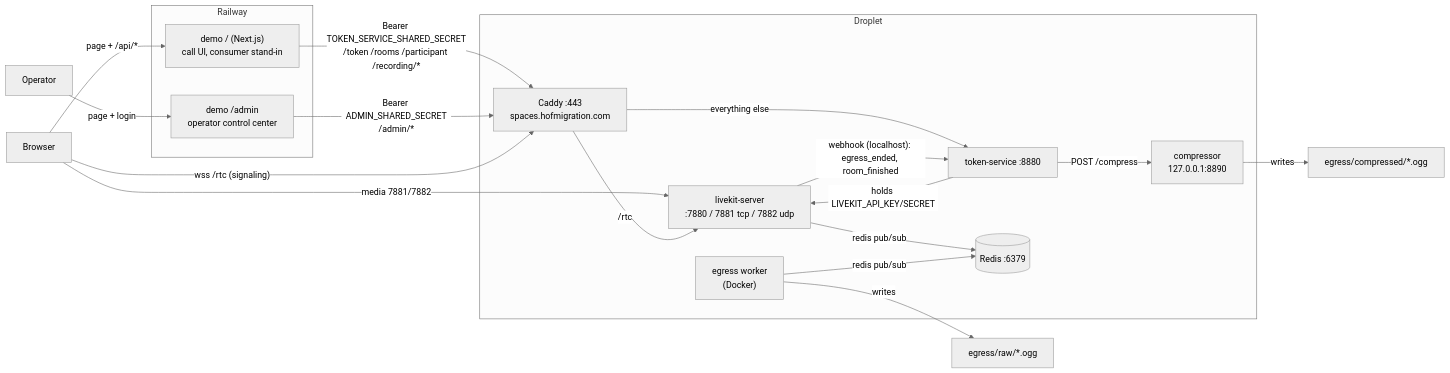
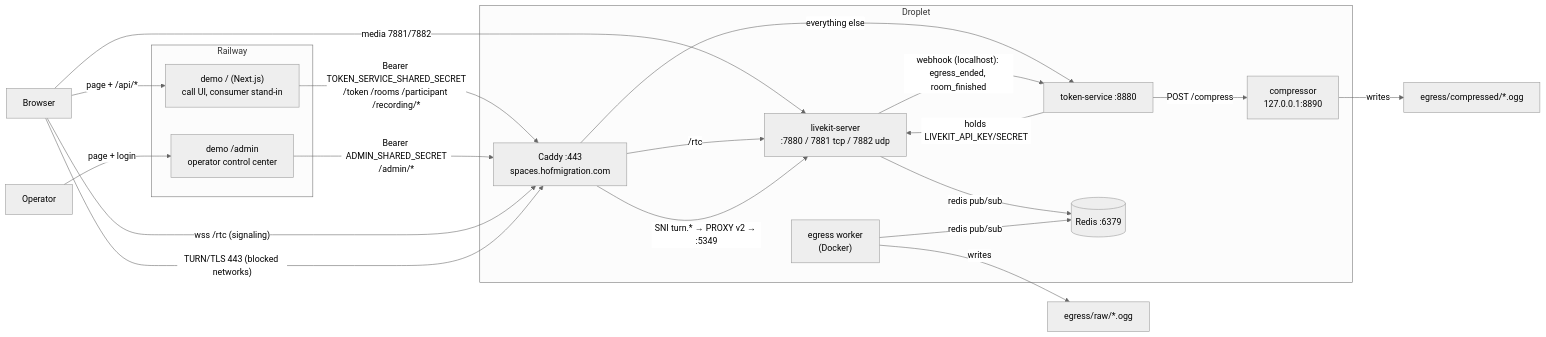
The diagram in AGENTS.md (mustafa-bhatti12/spaces), drawn with Mermaid (neutral theme) before and after one commit. The commit also changed other lines of this file and 4 other files, not shown here.

First line of the commit message:
TURN over TLS on 443 via Caddy layer4 + LiveKit built-in TURN

````diff
--- a/AGENTS.md
+++ b/AGENTS.md
@@ -22,30 +22,32 @@
 ```mermaid
 graph LR
   subgraph Railway
     DM["demo / (Next.js)\ncall UI, consumer stand-in"]
     AD["demo /admin\noperator control center"]
   end
   subgraph Droplet
     CA["Caddy :443\nspaces.hofmigration.com"]
     TS["token-service :8880"]
     LK["livekit-server\n:7880 / 7881 tcp / 7882 udp"]
     CO["compressor\n127.0.0.1:8890"]
     RD[(Redis :6379)]
     EG["egress worker\n(Docker)"]
   end
   Browser -->|page + /api/*| DM
   Operator -->|page + login| AD
   DM -->|"Bearer TOKEN_SERVICE_SHARED_SECRET\n/token /rooms /participant /recording/*"| CA
   AD -->|"Bearer ADMIN_SHARED_SECRET\n/admin/*"| CA
   Browser -->|"wss /rtc (signaling)"| CA
   Browser -->|"media 7881/7882"| LK
+  Browser -->|"TURN/TLS 443 (blocked networks)"| CA
   CA -->|/rtc| LK
+  CA -->|"SNI turn.* → PROXY v2 → :5349"| LK
   CA -->|everything else| TS
   TS -->|holds LIVEKIT_API_KEY/SECRET| LK
   LK -->|redis pub/sub| RD
   EG -->|redis pub/sub| RD
   EG -->|writes| RAW[egress/raw/*.ogg]
   LK -->|"webhook (localhost): egress_ended, room_finished"| TS
   TS -->|"POST /compress"| CO
   CO -->|writes| COMP[egress/compressed/*.ogg]
 ```
````
